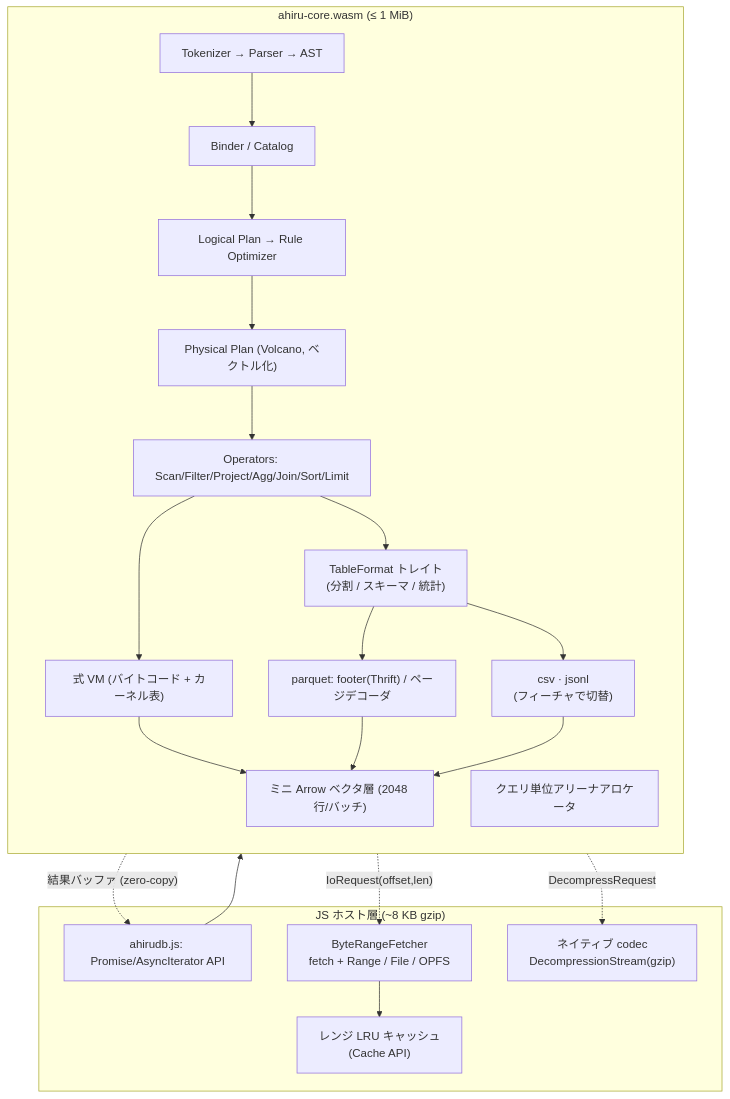
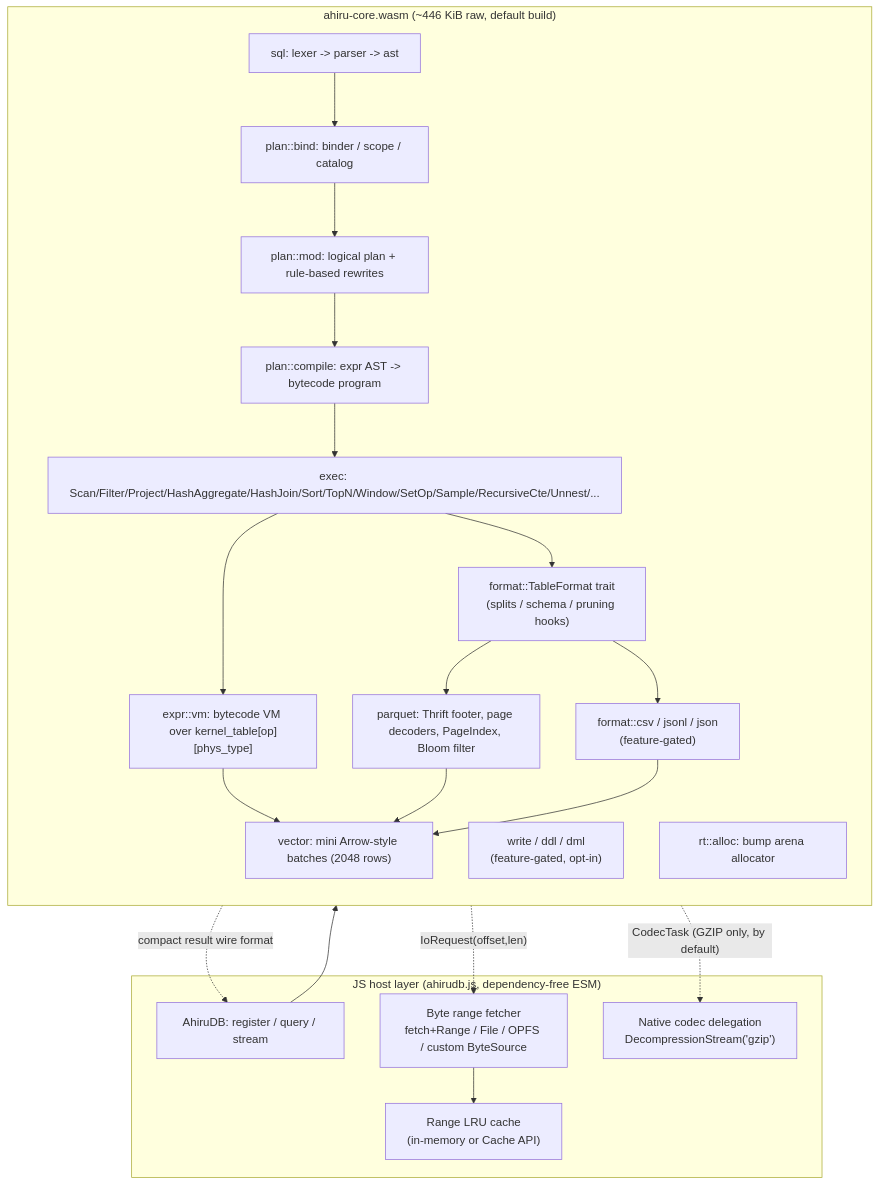
Before and after one commit to dotneet/ahirudb: the diagram in docs/DESIGN.md, drawn with Mermaid. The commit also changed other lines of this file and 38 other files, not shown here.

First line of the commit message:
Add SQL feature breadth, extend pushdown pruning to IN/BETWEEN, refresh design doc

````diff
--- a/docs/DESIGN.md
+++ b/docs/DESIGN.md
@@ -45,35 +68,36 @@
 ```mermaid
 flowchart TB
-  subgraph JS["JS ホスト層 (~8 KB gzip)"]
-    API["ahirudb.js: Promise/AsyncIterator API"]
-    IO["ByteRangeFetcher<br/>fetch + Range / File / OPFS"]
-    CACHE["レンジ LRU キャッシュ<br/>(Cache API)"]
-    CODEC["ネイティブ codec<br/>DecompressionStream(gzip)"]
+  subgraph JS["JS host layer (ahirudb.js, dependency-free ESM)"]
+    API["AhiruDB: register / query / stream"]
+    IO["Byte range fetcher<br/>fetch+Range / File / OPFS / custom ByteSource"]
+    CACHE["Range LRU cache<br/>(in-memory or Cache API)"]
+    CODEC["Native codec delegation<br/>DecompressionStream('gzip')"]
   end
 
-  subgraph WASM["ahiru-core.wasm (≤ 1 MiB)"]
+  subgraph WASM["ahiru-core.wasm (~446 KiB raw, default build)"]
     direction TB
-    PARSE["Tokenizer → Parser → AST"]
-    BIND["Binder / Catalog"]
-    PLAN["Logical Plan → Rule Optimizer"]
-    PHYS["Physical Plan (Volcano, ベクトル化)"]
-    EXEC["Operators: Scan/Filter/Project/Agg/Join/Sort/Limit"]
-    EXPR["式 VM (バイトコード + カーネル表)"]
-    VEC["ミニ Arrow ベクタ層 (2048 行/バッチ)"]
-    FMT["TableFormat トレイト<br/>(分割 / スキーマ / 統計)"]
-    PQ["parquet: footer(Thrift) / ページデコーダ"]
-    TXT["csv · jsonl<br/>(フィーチャで切替)"]
-    ALLOC["クエリ単位アリーナアロケータ"]
+    PARSE["sql: lexer -> parser -> ast"]
+    BIND["plan::bind: binder / scope / catalog"]
+    PLAN["plan::mod: logical plan + rule-based rewrites"]
+    COMPILE["plan::compile: expr AST -> bytecode program"]
+    EXEC["exec: Scan/Filter/Project/HashAggregate/HashJoin/Sort/TopN/Window/SetOp/Sample/RecursiveCte/Unnest/..."]
+    EXPR["expr::vm: bytecode VM over kernel_table[op][phys_type]"]
+    VEC["vector: mini Arrow-style batches (2048 rows)"]
+    FMT["format::TableFormat trait<br/>(splits / schema / pruning hooks)"]
+    PQ["parquet: Thrift footer, page decoders, PageIndex, Bloom filter"]
+    TXT["format::csv / jsonl / json<br/>(feature-gated)"]
+    WRITE["write / ddl / dml<br/>(feature-gated, opt-in)"]
+    ALLOC["rt::alloc: bump arena allocator"]
   end
 
   API --> PARSE
-  PARSE --> BIND --> PLAN --> PHYS --> EXEC
+  PARSE --> BIND --> PLAN --> COMPILE --> EXEC
   EXEC --> EXPR --> VEC
   EXEC --> FMT
   FMT --> PQ --> VEC
   FMT --> TXT --> VEC
   FMT -. "IoRequest(offset,len)" .-> IO
   IO --> CACHE
-  PQ -. "DecompressRequest" .-> CODEC
-  VEC -. "結果バッファ (zero-copy)" .-> API
+  PQ -. "CodecTask (GZIP only, by default)" .-> CODEC
+  VEC -. "compact result wire format" .-> API
 ```
````
